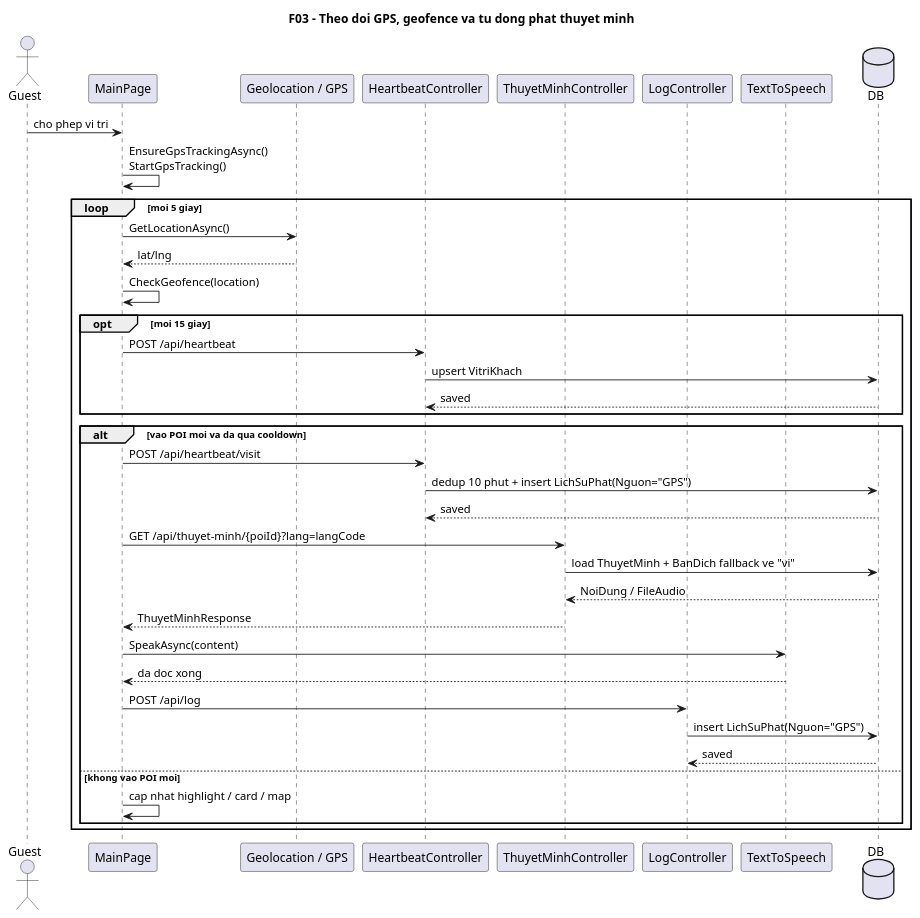
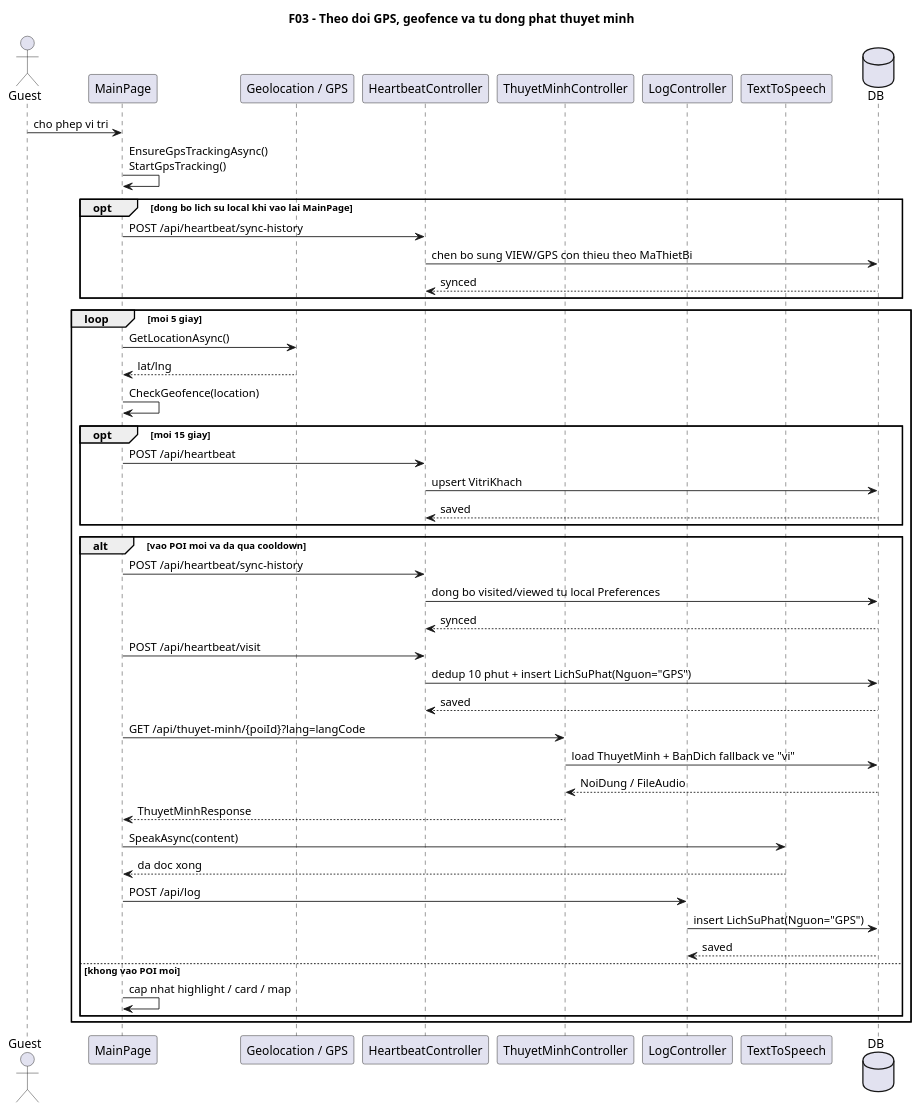
Before and after one commit to VoBao182/PhoAmThuc: the diagram in docs/diagrams/03-geofence-audio-sequence.puml, drawn with PlantUML. The commit also changed 6 other files, not shown here.

```diff
--- a/docs/diagrams/03-geofence-audio-sequence.puml
+++ b/docs/diagrams/03-geofence-audio-sequence.puml
@@ -1,56 +1,65 @@
 @startuml
 ' Diagram: F03 - Theo doi GPS, geofence va tu dong phat thuyet minh (Sequence)
 ' Status: WIP
 ' Baseline: branch master, HEAD 6510344
 ' Source:
-' - VinhKhanhTourDemo/MainPage.xaml.cs: StartGpsTracking(), CheckGeofence(), SendHeartbeatAsync(), RecordPoiVisitAsync(), SpeakPoiAsync(), LogPlaybackAsync()
-' - VinhKhanhTour.API/Controllers/HeartbeatController.cs: SendHeartbeat(), RecordVisit()
+' - VinhKhanhTourDemo/MainPage.xaml.cs: OnAppearing(), StartGpsTracking(), CheckGeofence(), SendHeartbeatAsync(), RecordPoiVisitAsync(), SyncPoiHistoryAsync(), SpeakPoiAsync(), LogPlaybackAsync()
+' - VinhKhanhTour.API/Controllers/HeartbeatController.cs: SendHeartbeat(), RecordVisit(), SyncHistory()
 ' - VinhKhanhTour.API/Controllers/ThuyetMinhController.cs: GetByPoi()
 ' - VinhKhanhTour.API/Controllers/LogController.cs: Post()
-' Note: Sequence nay nen duoc kiem tra lai moi khi thay doi cooldown, dieu kien vao geofence, hoac cach phat audio/TTS.
+' Note: Da cap nhat theo luong sync-history moi; van can kiem tra lai moi khi thay doi cooldown, dieu kien vao geofence, hoac cach phat audio/TTS.
 title F03 - Theo doi GPS, geofence va tu dong phat thuyet minh
 
 actor Guest
 participant MainPage
 participant "Geolocation / GPS" as GPS
 participant "HeartbeatController" as HeartbeatController
 participant "ThuyetMinhController" as ThuyetMinhController
 participant "LogController" as LogController
 participant "TextToSpeech" as TTS
 database DB
 
 Guest -> MainPage: cho phep vi tri
 MainPage -> MainPage: EnsureGpsTrackingAsync()\nStartGpsTracking()
+opt dong bo lich su local khi vao lai MainPage
+  MainPage -> HeartbeatController: POST /api/heartbeat/sync-history
+  HeartbeatController -> DB: chen bo sung VIEW/GPS con thieu theo MaThietBi
+  DB --> HeartbeatController: synced
+end
 
 loop moi 5 giay
   MainPage -> GPS: GetLocationAsync()
   GPS --> MainPage: lat/lng
   MainPage -> MainPage: CheckGeofence(location)
 
   opt moi 15 giay
     MainPage -> HeartbeatController: POST /api/heartbeat
     HeartbeatController -> DB: upsert VitriKhach
     DB --> HeartbeatController: saved
   end
 
   alt vao POI moi va da qua cooldown
+    MainPage -> HeartbeatController: POST /api/heartbeat/sync-history
+    HeartbeatController -> DB: dong bo visited/viewed tu local Preferences
+    DB --> HeartbeatController: synced
+
     MainPage -> HeartbeatController: POST /api/heartbeat/visit
     HeartbeatController -> DB: dedup 10 phut + insert LichSuPhat(Nguon="GPS")
     DB --> HeartbeatController: saved
 
     MainPage -> ThuyetMinhController: GET /api/thuyet-minh/{poiId}?lang=langCode
     ThuyetMinhController -> DB: load ThuyetMinh + BanDich fallback ve "vi"
     DB --> ThuyetMinhController: NoiDung / FileAudio
     ThuyetMinhController --> MainPage: ThuyetMinhResponse
 
     MainPage -> TTS: SpeakAsync(content)
     TTS --> MainPage: da doc xong
 
     MainPage -> LogController: POST /api/log
     LogController -> DB: insert LichSuPhat(Nguon="GPS")
     DB --> LogController: saved
   else khong vao POI moi
     MainPage -> MainPage: cap nhat highlight / card / map
   end
 end
 @enduml
```
